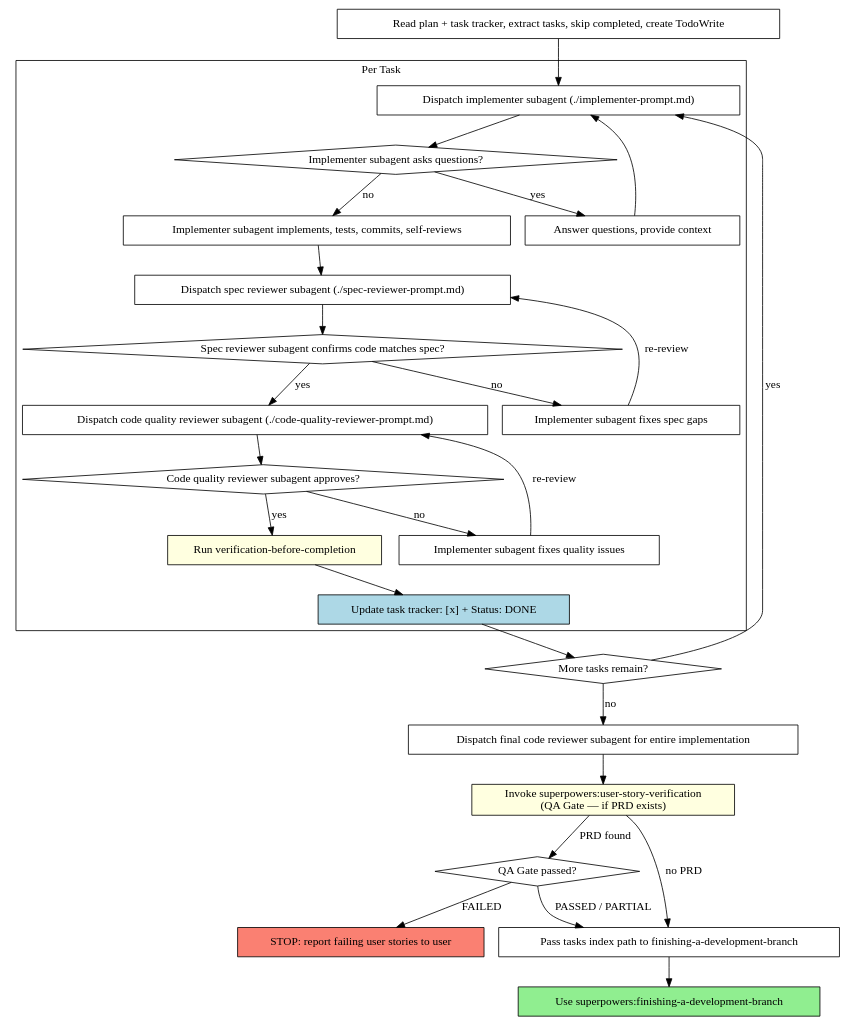
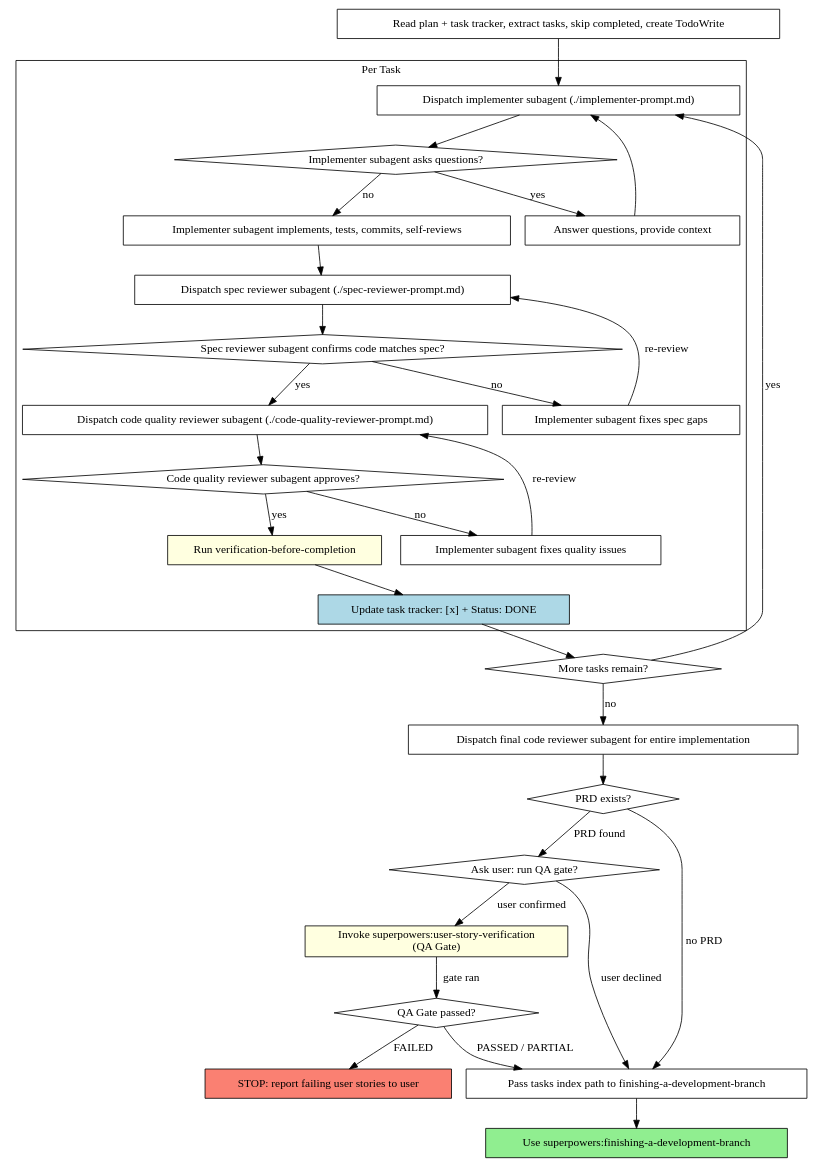
Before and after one commit to Cahmoraes/clean-arch-solid-ddd: the second of 2 diagrams in .github/skills/subagent-driven-development/SKILL.md, drawn with Graphviz. The commit also changed other lines of this file and 47 other files, not shown here.

````diff
--- a/.github/skills/subagent-driven-development/SKILL.md
+++ b/.github/skills/subagent-driven-development/SKILL.md
@@ -62,55 +62,60 @@
 ```dot
 digraph process {
     rankdir=TB;
 
     subgraph cluster_per_task {
         label="Per Task";
         "Dispatch implementer subagent (./implementer-prompt.md)" [shape=box];
         "Implementer subagent asks questions?" [shape=diamond];
         "Answer questions, provide context" [shape=box];
         "Implementer subagent implements, tests, commits, self-reviews" [shape=box];
         "Dispatch spec reviewer subagent (./spec-reviewer-prompt.md)" [shape=box];
         "Spec reviewer subagent confirms code matches spec?" [shape=diamond];
         "Implementer subagent fixes spec gaps" [shape=box];
         "Dispatch code quality reviewer subagent (./code-quality-reviewer-prompt.md)" [shape=box];
         "Code quality reviewer subagent approves?" [shape=diamond];
         "Implementer subagent fixes quality issues" [shape=box];
         "Run verification-before-completion" [shape=box style=filled fillcolor=lightyellow];
         "Update task tracker: [x] + Status: DONE" [shape=box style=filled fillcolor=lightblue];
     }
 
     "Read plan + task tracker, extract tasks, skip completed, create TodoWrite" [shape=box];
     "More tasks remain?" [shape=diamond];
     "Dispatch final code reviewer subagent for entire implementation" [shape=box];
-    "Invoke superpowers:user-story-verification\n(QA Gate — if PRD exists)" [shape=box style=filled fillcolor=lightyellow];
+    "PRD exists?" [shape=diamond];
+    "Ask user: run QA gate?" [shape=diamond];
+    "Invoke superpowers:user-story-verification\n(QA Gate)" [shape=box style=filled fillcolor=lightyellow];
     "QA Gate passed?" [shape=diamond];
     "STOP: report failing user stories to user" [shape=box style=filled fillcolor=salmon];
     "Pass tasks index path to finishing-a-development-branch" [shape=box];
     "Use superpowers:finishing-a-development-branch" [shape=box style=filled fillcolor=lightgreen];
 
     "Read plan + task tracker, extract tasks, skip completed, create TodoWrite" -> "Dispatch implementer subagent (./implementer-prompt.md)";
     "Dispatch implementer subagent (./implementer-prompt.md)" -> "Implementer subagent asks questions?";
     "Implementer subagent asks questions?" -> "Answer questions, provide context" [label="yes"];
     "Answer questions, provide context" -> "Dispatch implementer subagent (./implementer-prompt.md)";
     "Implementer subagent asks questions?" -> "Implementer subagent implements, tests, commits, self-reviews" [label="no"];
     "Implementer subagent implements, tests, commits, self-reviews" -> "Dispatch spec reviewer subagent (./spec-reviewer-prompt.md)";
     "Dispatch spec reviewer subagent (./spec-reviewer-prompt.md)" -> "Spec reviewer subagent confirms code matches spec?";
     "Spec reviewer subagent confirms code matches spec?" -> "Implementer subagent fixes spec gaps" [label="no"];
     "Implementer subagent fixes spec gaps" -> "Dispatch spec reviewer subagent (./spec-reviewer-prompt.md)" [label="re-review"];
     "Spec reviewer subagent confirms code matches spec?" -> "Dispatch code quality reviewer subagent (./code-quality-reviewer-prompt.md)" [label="yes"];
     "Dispatch code quality reviewer subagent (./code-quality-reviewer-prompt.md)" -> "Code quality reviewer subagent approves?";
     "Code quality reviewer subagent approves?" -> "Implementer subagent fixes quality issues" [label="no"];
     "Implementer subagent fixes quality issues" -> "Dispatch code quality reviewer subagent (./code-quality-reviewer-prompt.md)" [label="re-review"];
     "Code quality reviewer subagent approves?" -> "Run verification-before-completion" [label="yes"];
     "Run verification-before-completion" -> "Update task tracker: [x] + Status: DONE";
     "Update task tracker: [x] + Status: DONE" -> "More tasks remain?";
     "More tasks remain?" -> "Dispatch implementer subagent (./implementer-prompt.md)" [label="yes"];
     "More tasks remain?" -> "Dispatch final code reviewer subagent for entire implementation" [label="no"];
-    "Dispatch final code reviewer subagent for entire implementation" -> "Invoke superpowers:user-story-verification\n(QA Gate — if PRD exists)";
-    "Invoke superpowers:user-story-verification\n(QA Gate — if PRD exists)" -> "QA Gate passed?" [label="PRD found"];
-    "Invoke superpowers:user-story-verification\n(QA Gate — if PRD exists)" -> "Pass tasks index path to finishing-a-development-branch" [label="no PRD"];
+    "Dispatch final code reviewer subagent for entire implementation" -> "PRD exists?";
+    "PRD exists?" -> "Pass tasks index path to finishing-a-development-branch" [label="no PRD"];
+    "PRD exists?" -> "Ask user: run QA gate?" [label="PRD found"];
+    "Ask user: run QA gate?" -> "Pass tasks index path to finishing-a-development-branch" [label="user declined"];
+    "Ask user: run QA gate?" -> "Invoke superpowers:user-story-verification\n(QA Gate)" [label="user confirmed"];
+    "Invoke superpowers:user-story-verification\n(QA Gate)" -> "QA Gate passed?" [label="gate ran"];
     "QA Gate passed?" -> "Pass tasks index path to finishing-a-development-branch" [label="PASSED / PARTIAL"];
     "QA Gate passed?" -> "STOP: report failing user stories to user" [label="FAILED"];
     "Pass tasks index path to finishing-a-development-branch" -> "Use superpowers:finishing-a-development-branch";
 }
 ```
````
